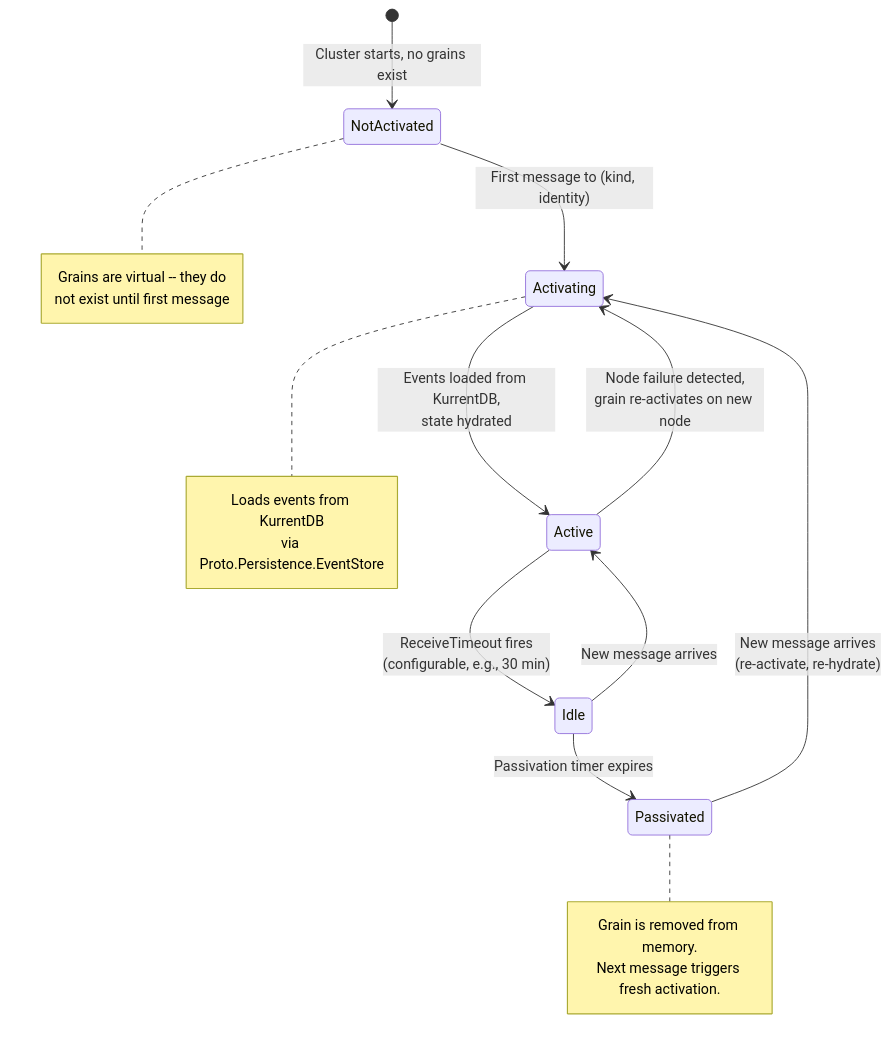
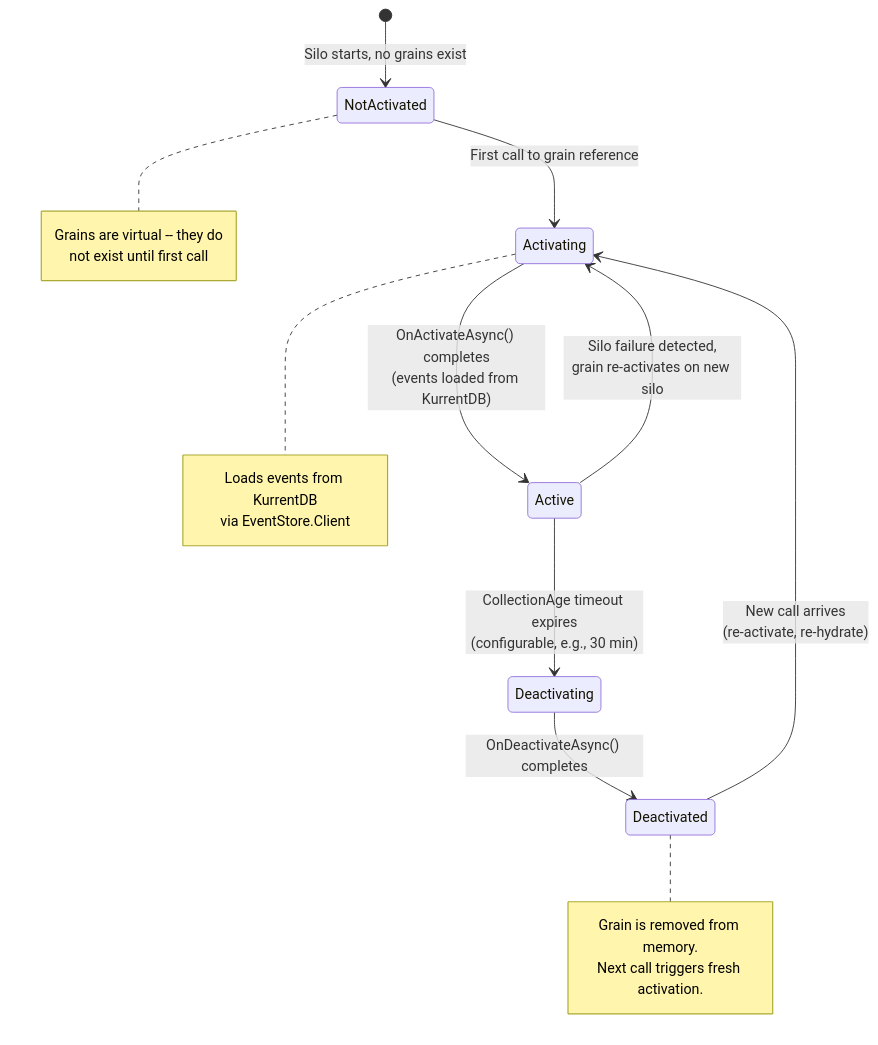
The fifth of 19 diagrams in epics/01-epic-first-signin-org/architecture/architecture.md (lekhasy/Vut), drawn with Mermaid before and after one commit. The commit also changed other lines of this file and 32 other files, not shown here.

````diff
--- a/epics/01-epic-first-signin-org/architecture/architecture.md
+++ b/epics/01-epic-first-signin-org/architecture/architecture.md
@@ -315,19 +395,18 @@
 ```mermaid
 stateDiagram-v2
-    [*] --> NotActivated: Cluster starts, no grains exist
+    [*] --> NotActivated: Silo starts, no grains exist
 
-    NotActivated --> Activating: First message to (kind, identity)
-    Activating --> Active: Events loaded from KurrentDB,<br/>state hydrated
+    NotActivated --> Activating: First call to grain reference
+    Activating --> Active: OnActivateAsync() completes<br/>(events loaded from KurrentDB)
 
-    Active --> Idle: ReceiveTimeout fires<br/>(configurable, e.g., 30 min)
-    Idle --> Active: New message arrives
+    Active --> Deactivating: CollectionAge timeout expires<br/>(configurable, e.g., 30 min)
+    Deactivating --> Deactivated: OnDeactivateAsync() completes
 
-    Idle --> Passivated: Passivation timer expires
-    Passivated --> Activating: New message arrives<br/>(re-activate, re-hydrate)
+    Deactivated --> Activating: New call arrives<br/>(re-activate, re-hydrate)
 
-    Active --> Activating: Node failure detected,<br/>grain re-activates on new node
+    Active --> Activating: Silo failure detected,<br/>grain re-activates on new silo
 
-    note right of NotActivated: Grains are virtual -- they do<br/>not exist until first message
-    note right of Activating: Loads events from KurrentDB<br/>via Proto.Persistence.EventStore
-    note right of Passivated: Grain is removed from memory.<br/>Next message triggers fresh activation.
+    note right of NotActivated: Grains are virtual -- they do<br/>not exist until first call
+    note right of Activating: Loads events from KurrentDB<br/>via EventStore.Client
+    note right of Deactivated: Grain is removed from memory.<br/>Next call triggers fresh activation.
 ```
````
